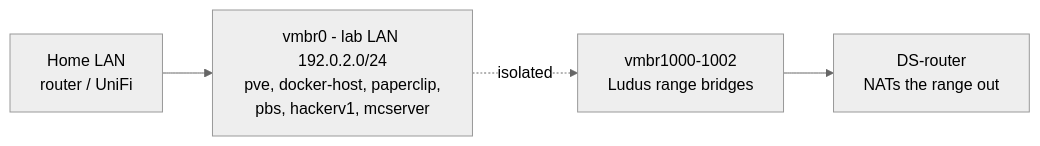
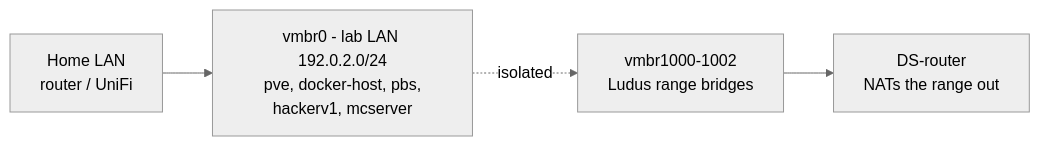
The diagram in docs/proxmox-lab-platform/README.md (Dstanfield-Creator/lab-ops), drawn with Mermaid (neutral theme) before and after one commit. The commit also changed other lines of this file and 4 other files, not shown here.

````diff
--- a/docs/proxmox-lab-platform/README.md
+++ b/docs/proxmox-lab-platform/README.md
@@ -22,6 +22,6 @@
 ```mermaid
 flowchart LR
-  LAN["Home LAN<br/>router / UniFi"] --> VMBR0["vmbr0 - lab LAN 192.0.2.0/24<br/>pve, docker-host, paperclip,<br/>pbs, hackerv1, mcserver"]
+  LAN["Home LAN<br/>router / UniFi"] --> VMBR0["vmbr0 - lab LAN 192.0.2.0/24<br/>pve, docker-host, pbs,<br/>hackerv1, mcserver"]
   VMBR0 -.->|isolated| RANGE["vmbr1000-1002<br/>Ludus range bridges"]
   RANGE --> DSR["DS-router<br/>NATs the range out"]
 ```
````
